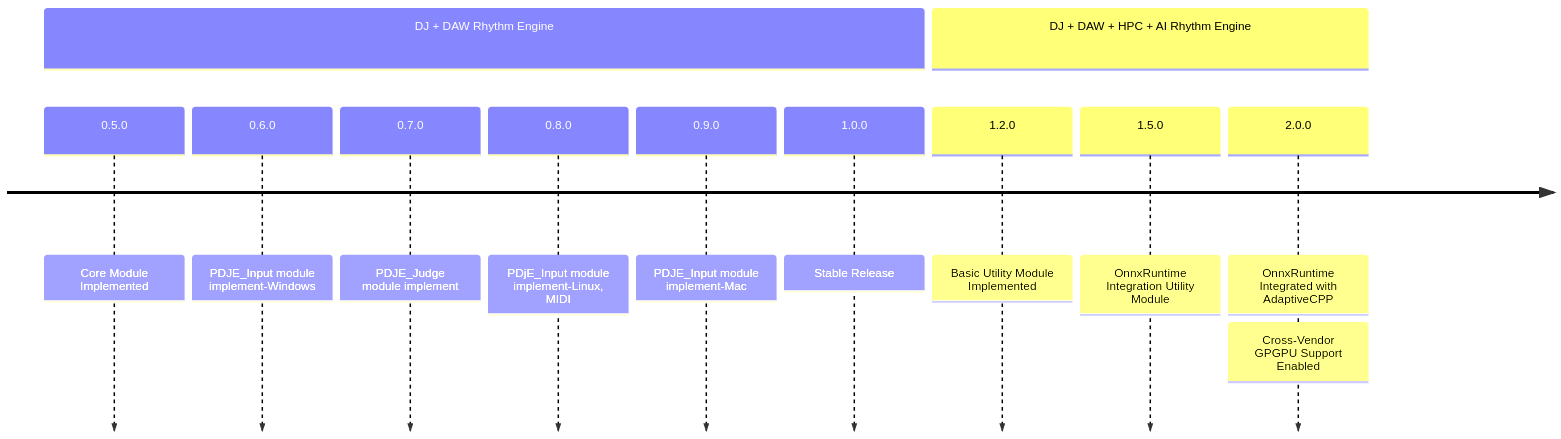
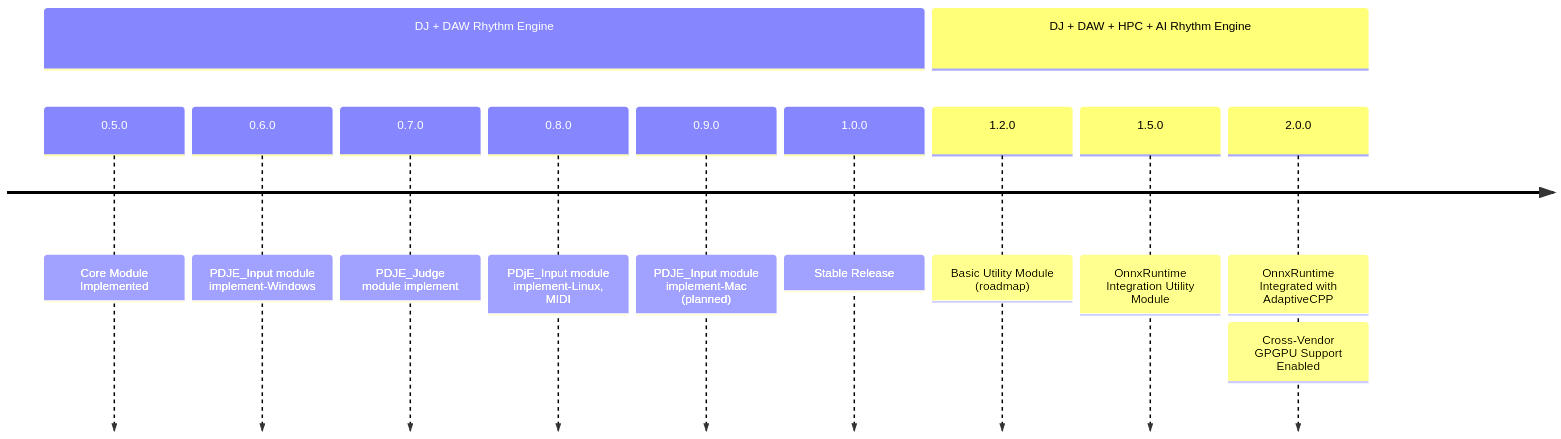
The first of 2 diagrams in document_sources/index.rst (Rliop913/Project-DJ-Engine), drawn with Mermaid before and after one commit. The commit also changed other lines of this file and 6002 other files, not shown here.

```diff
--- a/document_sources/index.rst
+++ b/document_sources/index.rst
@@ -122,16 +118,16 @@
 .. mermaid::
   :config: {"theme":"forest","themeVariables":{"fontSize":"25px"}}
 
   timeline
     section DJ + DAW Rhythm Engine
       0.5.0 : Core Module Implemented
       0.6.0 : PDJE_Input module implement-Windows
       0.7.0 : PDJE_Judge module implement
       0.8.0 : PDjE_Input module implement-Linux, MIDI
-      0.9.0 : PDJE_Input module implement-Mac
+      0.9.0 : PDJE_Input module implement-Mac (planned)
       1.0.0 : Stable Release
     section DJ + DAW + HPC + AI Rhythm Engine
-      1.2.0 : Basic Utility Module Implemented
+      1.2.0 : Basic Utility Module (roadmap)
       1.5.0 : OnnxRuntime Integration Utility Module
       2.0.0 : OnnxRuntime Integrated with AdaptiveCPP
             : Cross-Vendor GPGPU Support Enabled
```
